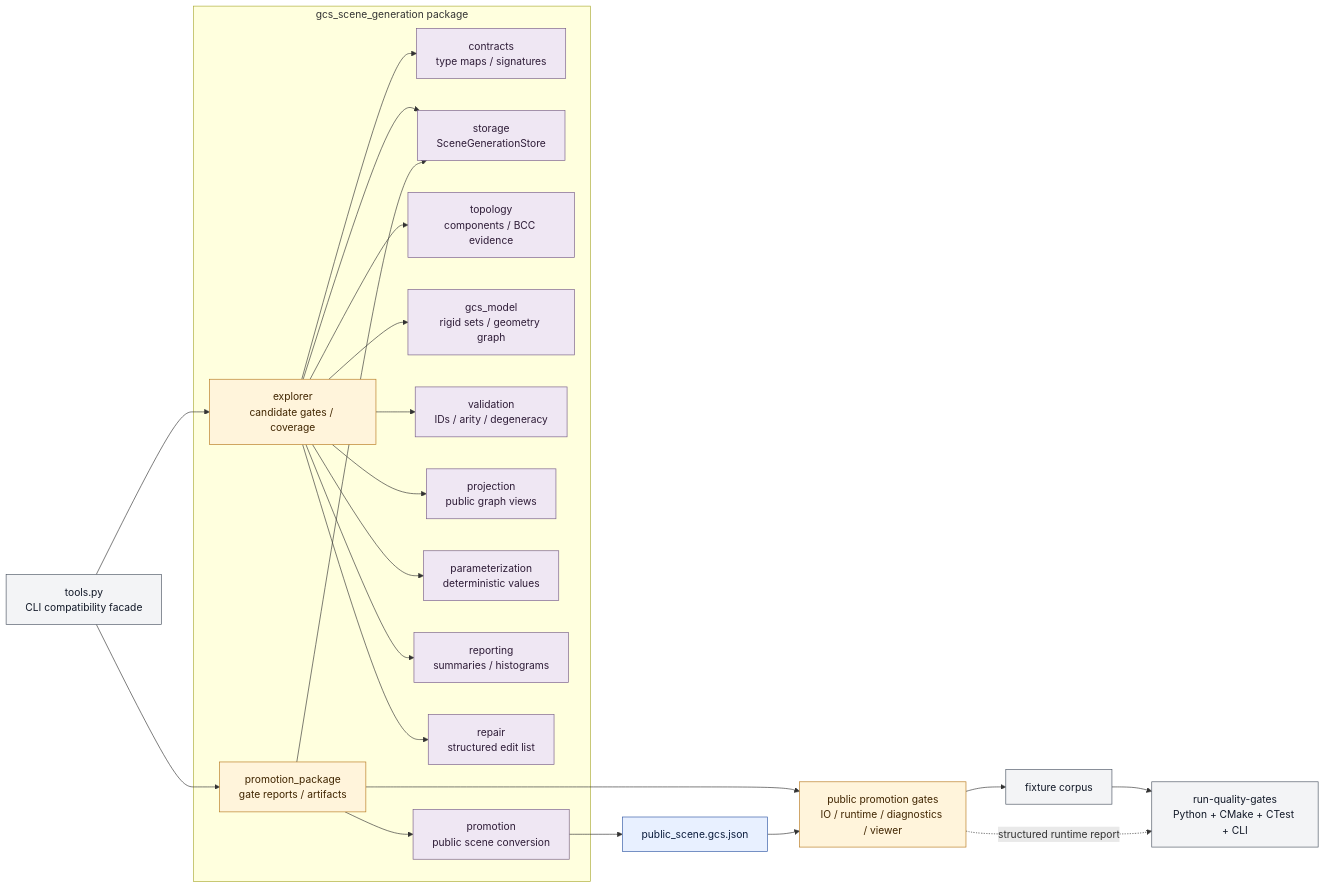
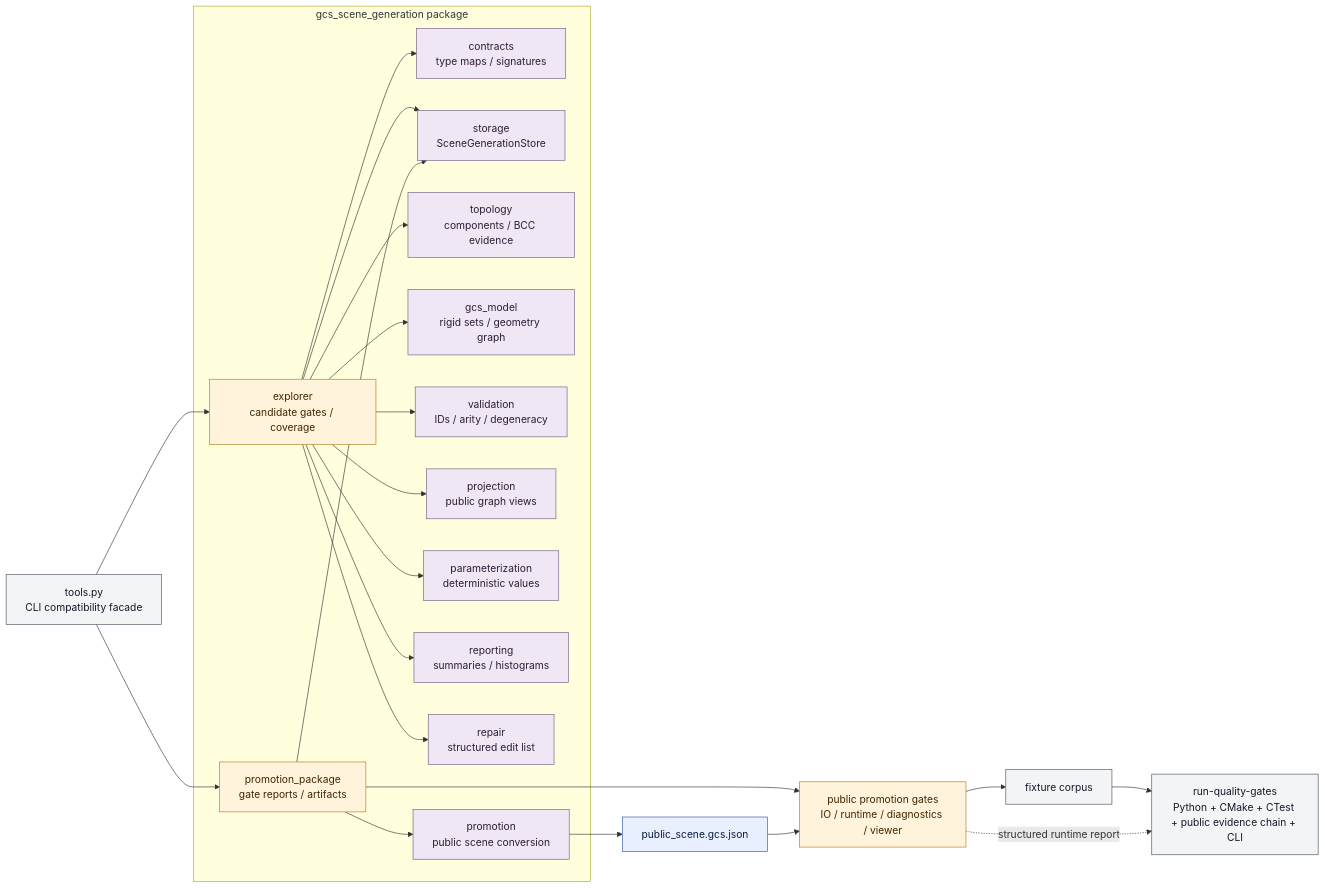
The sixth of 6 diagrams in docs/architecture/70-visualization/gcs-architecture-atlas.md (ShepherdQR/GCS), drawn with Mermaid before and after one commit. The commit also changed other lines of this file and 9 other files, not shown here.

Commit message:
docs: close step 40 architecture atlas sync

````diff
--- a/docs/architecture/70-visualization/gcs-architecture-atlas.md
+++ b/docs/architecture/70-visualization/gcs-architecture-atlas.md
@@ -444,53 +477,53 @@
 ```mermaid
 flowchart LR
     facade["tools.py<br/>CLI compatibility facade"]
 
     subgraph generator["gcs_scene_generation package"]
         contracts["contracts<br/>type maps / signatures"]
         storage["storage<br/>SceneGenerationStore"]
         topology["topology<br/>components / BCC evidence"]
         model["gcs_model<br/>rigid sets / geometry graph"]
         validation["validation<br/>IDs / arity / degeneracy"]
         projection["projection<br/>public graph views"]
         parameterization["parameterization<br/>deterministic values"]
         reporting["reporting<br/>summaries / histograms"]
         repair["repair<br/>structured edit list"]
         explorer["explorer<br/>candidate gates / coverage"]
         promotion["promotion<br/>public scene conversion"]
         package["promotion_package<br/>gate reports / artifacts"]
     end
 
     publicScene["public_scene.gcs.json"]
     publicGates["public promotion gates<br/>IO / runtime / diagnostics / viewer"]
     fixtures["fixture corpus"]
-    quality["run-quality-gates<br/>Python + CMake + CTest + CLI"]
+    quality["run-quality-gates<br/>Python + CMake + CTest + public evidence chain + CLI"]
 
     facade --> explorer
     facade --> package
     explorer --> contracts
     explorer --> storage
     explorer --> topology
     explorer --> model
     explorer --> validation
     explorer --> projection
     explorer --> parameterization
     explorer --> reporting
     explorer --> repair
     package --> storage
     package --> promotion
     package --> publicGates
     promotion --> publicScene
     publicScene --> publicGates
     publicGates --> fixtures
     fixtures --> quality
     publicGates -. structured runtime report .-> quality
 
     classDef boundary fill:#f3f4f6,stroke:#4b5563,color:#111827;
     classDef tool fill:#efe7f3,stroke:#765d87,color:#2e1c37;
     classDef orchestrate fill:#fff4db,stroke:#b7791f,color:#402500;
     classDef domain fill:#e8f0ff,stroke:#3157a4,color:#0b1c3d;
     class facade,fixtures,quality boundary;
     class contracts,storage,topology,model,validation,projection,parameterization,reporting,repair,promotion tool;
     class explorer,package,publicGates orchestrate;
     class publicScene domain;
 ```
````
